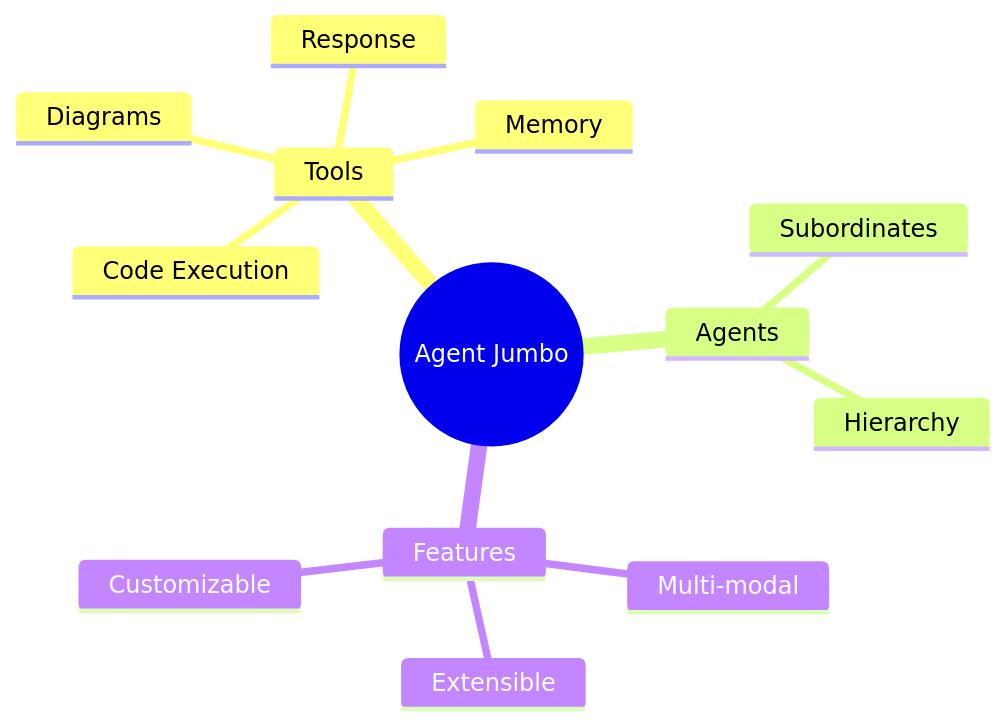
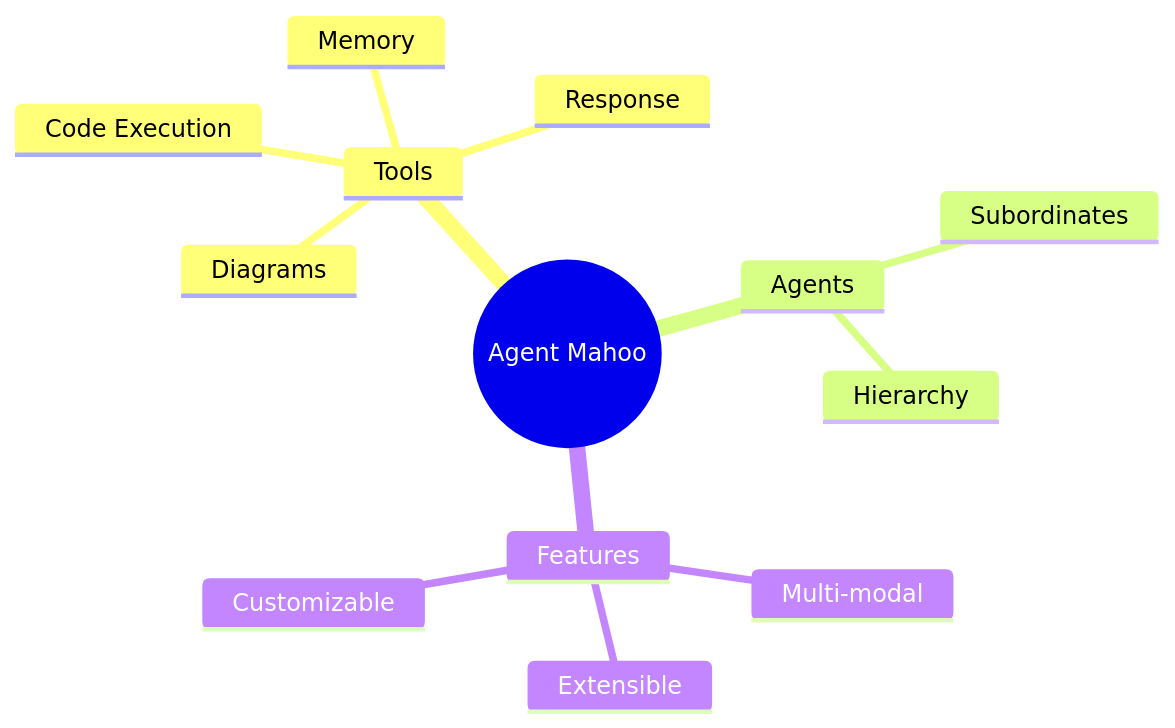
One commit to mahoosuc-solutions/agent-jumbo changed the tenth of 12 diagrams in docs/diagrams.md. Above: the diagram before and after it, drawn with Mermaid. The commit also changed other lines of this file and 511 other files, not shown here.

Commit message:
refactor(brand): finalize agent-jumbo to agent-mahoo rebrand across platform

````diff
--- a/docs/diagrams.md
+++ b/docs/diagrams.md
@@ -228,16 +228,16 @@
 ```mermaid
 mindmap
-  root((Agent Jumbo))
+  root((Agent Mahoo))
     Tools
       Code Execution
       Memory
       Response
       Diagrams
     Agents
       Subordinates
       Hierarchy
     Features
       Multi-modal
       Extensible
       Customizable
 ```
````
